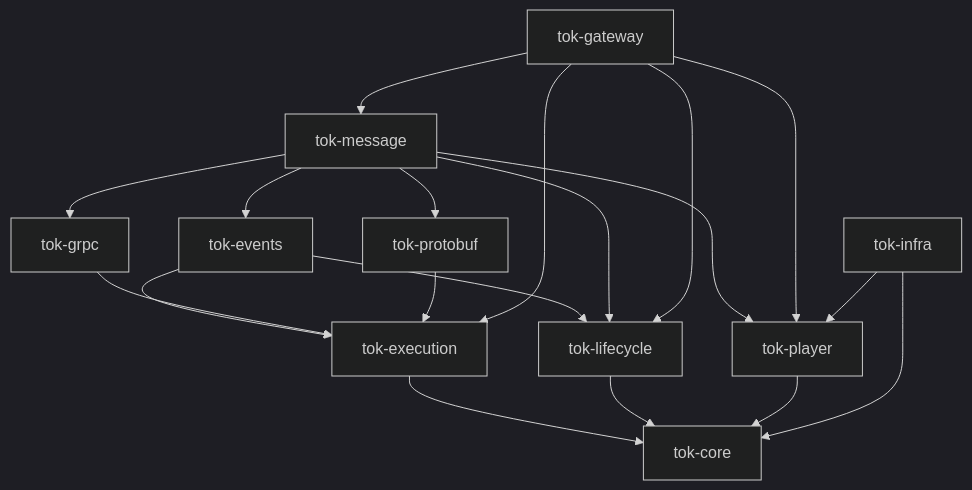
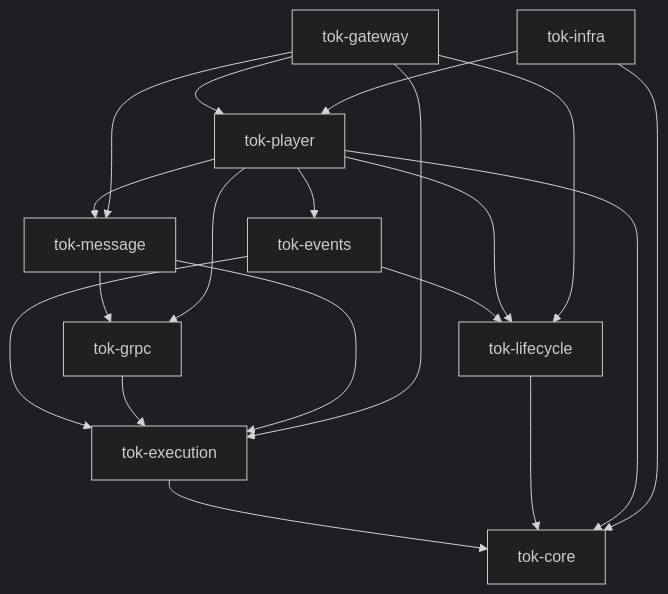
The diagram in docs/design.md (gmbytes/tok), drawn with Mermaid (dark theme) before and after one commit. The commit also changed other lines of this file and 68 other files, not shown here.

````diff
--- a/docs/design.md
+++ b/docs/design.md
@@ -38,21 +38,21 @@
 ```mermaid
 flowchart TD
     execution[tok-execution] --> core[tok-core]
     lifecycle[tok-lifecycle] --> core
     player[tok-player] --> core
     events[tok-events] --> execution
     events --> lifecycle
     grpc[tok-grpc] --> execution
-    protobuf[tok-protobuf] --> execution
-    message[tok-message] --> protobuf
+    message[tok-message] --> execution
     message --> grpc
-    message --> player
-    message --> events
-    message --> lifecycle
+    player --> message
+    player --> grpc
+    player --> events
+    player --> lifecycle
     gateway[tok-gateway] --> execution
     gateway --> lifecycle
     gateway --> player
     gateway --> message
     infra[tok-infra] --> core
     infra --> player
 ```
````
